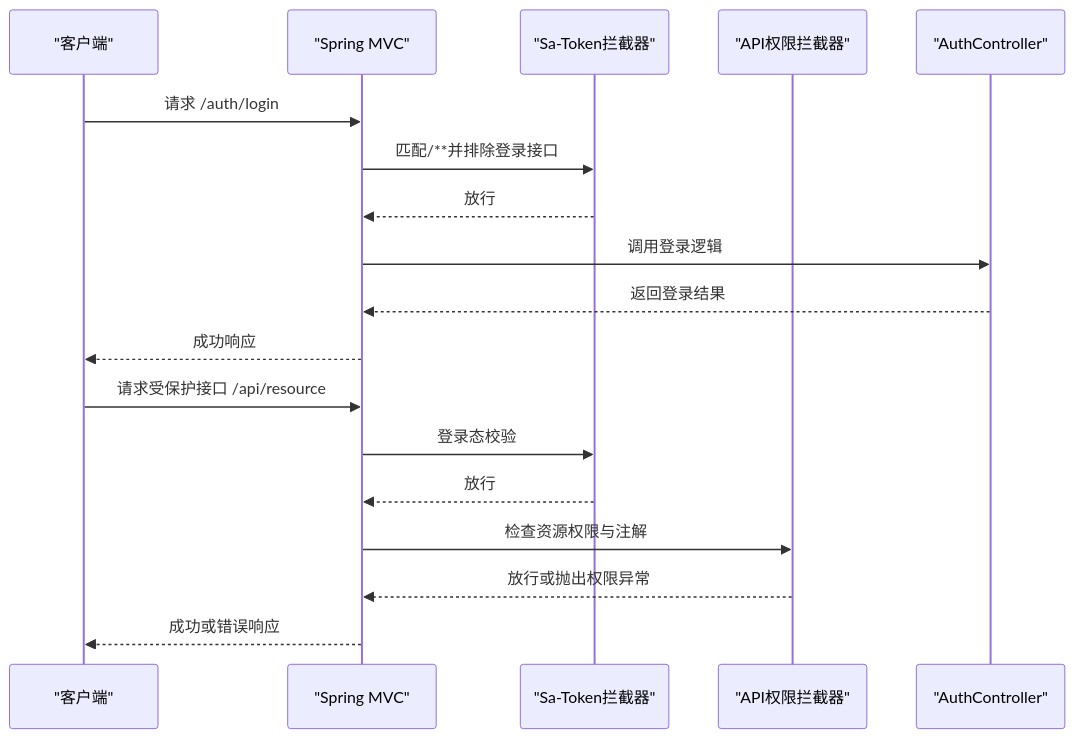
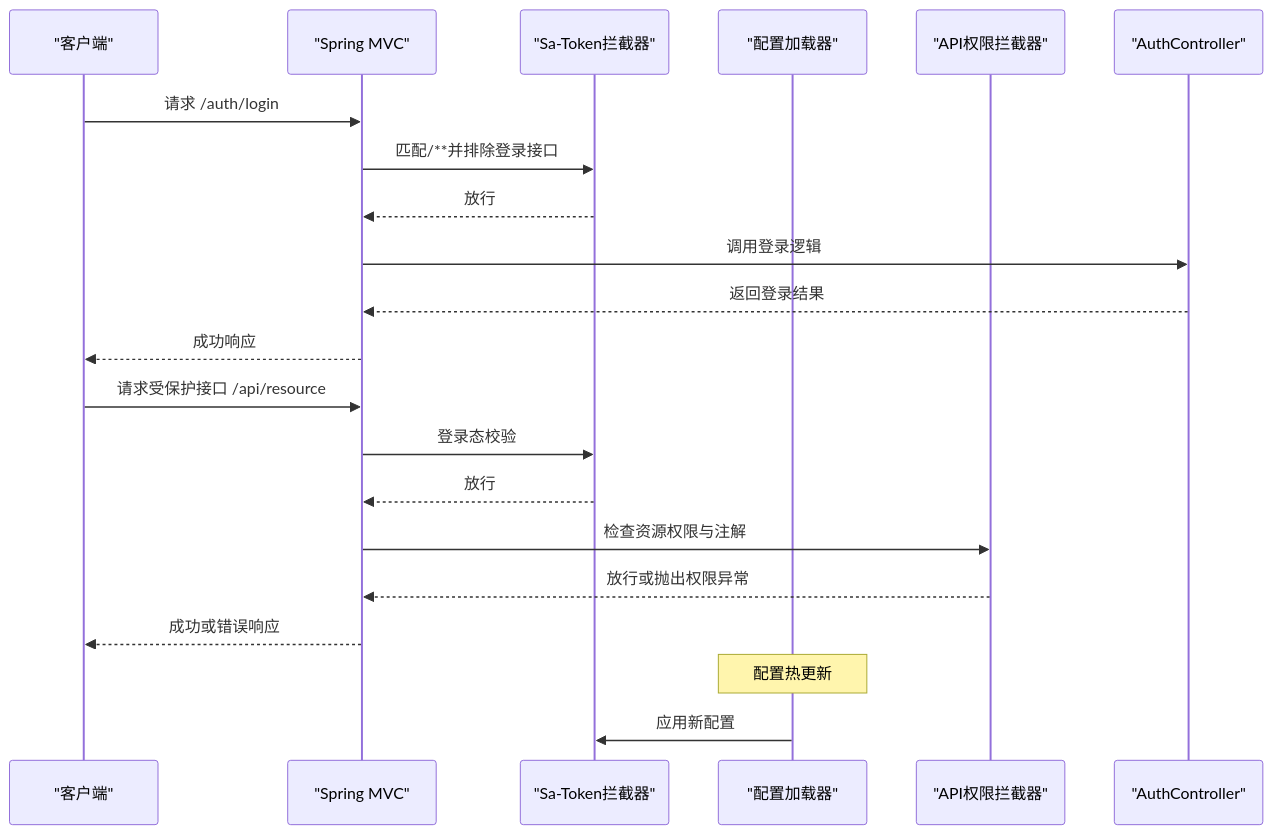
The third of 7 diagrams in .qoder/repowiki/zh/content/后端框架详解/安全认证模块/安全认证模块.md (yaomindong1996/forge-admin), drawn with Mermaid before and after one commit. The commit also changed other lines of this file and 76 other files, not shown here.

````diff
--- a/.qoder/repowiki/zh/content/后端框架详解/安全认证模块/安全认证模块.md
+++ b/.qoder/repowiki/zh/content/后端框架详解/安全认证模块/安全认证模块.md
@@ -149,20 +186,23 @@
 ```mermaid
 sequenceDiagram
 participant C as "客户端"
 participant MVC as "Spring MVC"
 participant SA as "Sa-Token拦截器"
+participant CFG as "配置加载器"
 participant API as "API权限拦截器"
 participant CTRL as "AuthController"
 C->>MVC : 请求 /auth/login
 MVC->>SA : 匹配/**并排除登录接口
 SA-->>MVC : 放行
 MVC->>CTRL : 调用登录逻辑
 CTRL-->>MVC : 返回登录结果
 MVC-->>C : 成功响应
 C->>MVC : 请求受保护接口 /api/resource
 MVC->>SA : 登录态校验
 SA-->>MVC : 放行
 MVC->>API : 检查资源权限与注解
 API-->>MVC : 放行或抛出权限异常
 MVC-->>C : 成功或错误响应
+Note over CFG : 配置热更新
+CFG->>SA : 应用新配置
 ```
````
